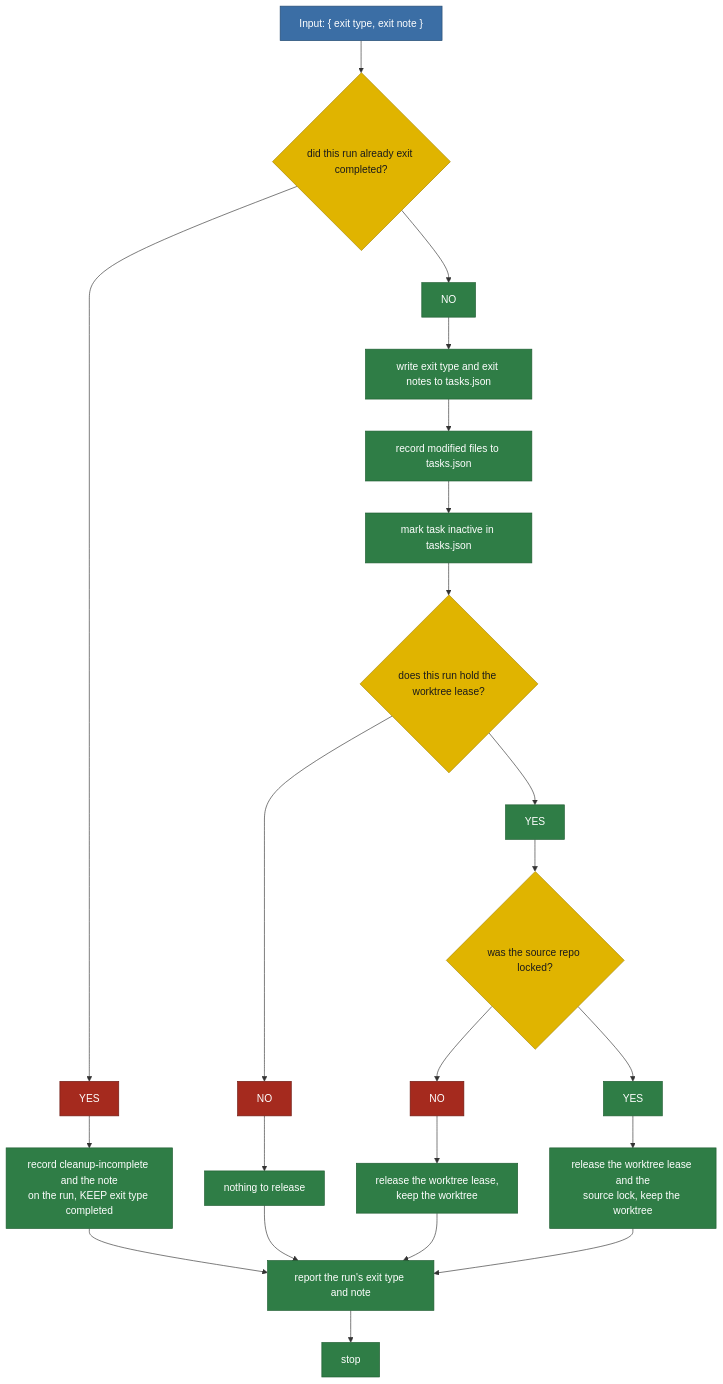
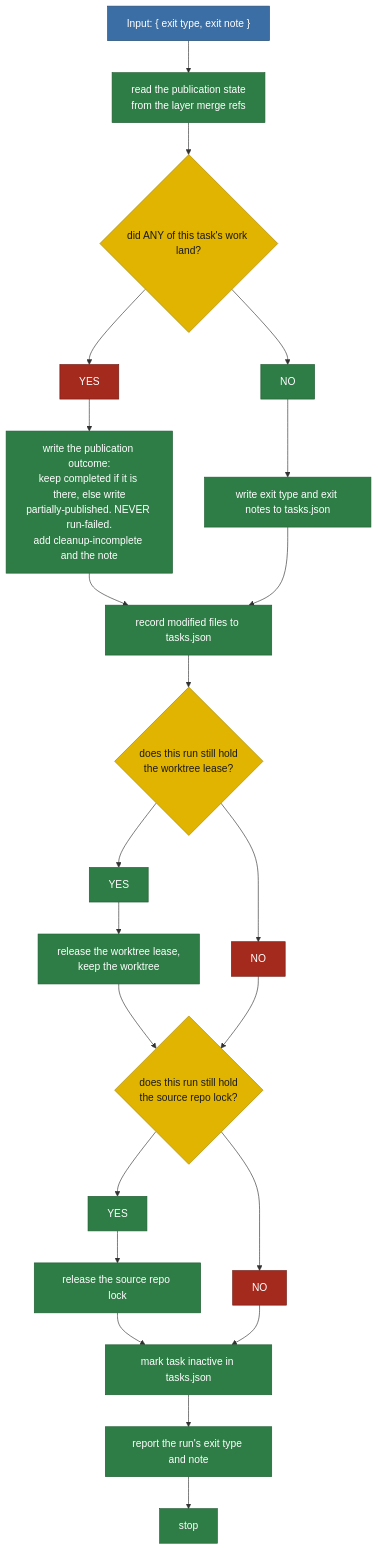
Before and after one commit to matkatmusic/taskTools: the diagram in plans/diagram/pipeline-failuresExit.mmd, drawn with Mermaid. The commit also changed 15 other files, not shown here.

Commit message:
cleaned up comments in pipeline diagrams

```diff
--- a/plans/diagram/pipeline-failuresExit.mmd
+++ b/plans/diagram/pipeline-failuresExit.mmd
@@ -1,88 +1,94 @@
 flowchart TB
-%% FAILURES EXIT. Split from pipeline-exitWorkflow.mmd.
-%% Input: an exit type and exit note from any pipeline, once the task is active.
-%% One job: record why the run ended, then let go of what the run holds.
-%% Ends at [stop].
-%% Rules that apply everywhere, not steps:
-%%   1. Every git interaction goes through a script. Never prose.
-%%   2. Every read and write of tasks.json is atomic.
-%%   3. Every box that touches the working tree operates on every repository
-%%      layer, deepest submodule first, root last. Boxes that only read or write
-%%      tasks.json do not.
-%%   4. Exactly one box releases what the run holds, and the box it picks names
-%%      only what is actually held. The test is "does this run hold the worktree
-%%      lease right now?", read from the lease file, NOT "was a worktree created
-%%      at some point": a resumed worktree was created by an earlier run, and a
-%%      lease can have been lost to another owner since. See releaseTaskRunHolds.ts,
-%%      which compares the physical lease owner against this run's id.
-%%   5. The worktree itself is NEVER removed here. Releasing a lease is not
-%%      deleting a worktree. The committed work stays on disk, so the next
-%%      invocation of this task finds it at the preamble's "does a worktree
-%%      exist?" and resumes. Only the merge succeeded exit removes a worktree.
-%%      See releaseTaskRunHolds.ts here, removeTaskWorktreeAndBranches there.
-%%   6. A merge is published work and can never be un-published. Once a run has
-%%      written exit type completed, that exit type is FINAL. A later failure on the
-%%      same run records cleanup-incomplete beside it and leaves completed alone.
-%%      Overwriting it with run-failed would erase the only durable proof the merge
-%%      landed: the preamble's "is the task closing?" reads exactly that field, so
-%%      the next invocation would re-run a task whose work is already on the target
-%%      branch, against a worktree that may no longer exist.
-%%   7. cleanup-incomplete is a repair flag, not an exit type. The task stays in
-%%      tasks.json, still marked closing, and the recorded merge commit hashes are
-%%      enough to finish the archive by hand or on the next sweep. A post-merge
-%%      failure NEVER sends the run back into implementation.
-%%   8. How far this tail can run depends on where the failure happened:
-%%        active, no lease held - this tail runs; modified files records []
-%%        active, lease held    - this tail runs in full
-%%        after the merge succeeded exit wrote completed
-%%                              - rule 6: record cleanup-incomplete, keep completed
-%%      A failure BEFORE the task is active never reaches here. It takes the
-%%      report-only exit. See pipeline-reportOnlyExit.mmd.
-%% Exit types that reach this tail:
-%%   plan-scrapped      - codex did not accept the plan in two reviews
-%%   clarify-stuck      - the planner asked twice for something the docs cannot
-%%                        supply
-%%   fence-violation    - a change edited files the task does not own
-%%   tests-red          - task tests still failing after 2 fix attempts
-%%   tests-flagged      - codex flagged the tests twice
-%%   rebase-stuck       - the rebase did not advance after 2 conflict fixes
-%%   suite-red          - full suite still failing after 2 fix attempts
-%%   merge-failed       - the merge did not land twice
-%%   agent-failed       - an agent returned nothing usable
-%%   run-failed         - a script failed operationally
+%% FAILURES EXIT.
+%% ---
+%% Input: an exit type and exit note, task already active.
+%% ---
+%% The lease and the source lock are two independent holdings.
+%% ---
+%% Neither's release gates the other's; each checks its own owner.
+%% ---
+%% See releaseTaskRunHolds.ts.
+%% ---
+%% Every release and write here runs before "mark task inactive".
+%% ---
+%% Marking inactive is what reopens the task to another run.
+%% ---
+%% Every mutating box here is reconciled, not retried.
+%% ---
+%% Only an ambiguous read is run-failed, reported to the operator.
+%% ---
+%% See reconcileStep.ts.
+%% ---
+%% The worktree is NEVER removed here; only the merge succeeded exit removes one.
+%% ---
+%% This tail asks GIT what landed, not whether exit type is completed.
+%% ---
+%% completed is written long after the merge, so a gap failure must not reopen it.
+%% ---
+%% Did ANY work land? YES: keep completed if present, else write partially-published.
+%% ---
+%% Either way the incoming exit type is discarded, run-failed included.
+%% ---
+%% cleanup-incomplete and partially-published both mean RECOVERY ONLY.
+%% ---
+%% Exit types reaching this tail:
+%% ---
+%% plan-scrapped
+%% ---
+%% clarify-stuck
+%% ---
+%% fence-violation
+%% ---
+%% partially-published
+%% ---
+%% tests-red
+%% ---
+%% tests-flagged
+%% ---
+%% rebase-stuck
+%% ---
+%% suite-red
+%% ---
+%% merge-failed
+%% ---
+%% agent-failed
+%% ---
+%% run-failed
 
-  EXIT_TYPE_NOTE_INPUT["Input: { exit type, exit note }"] --> DID_THIS_RUN_ALREADY_MERGE
-  DID_THIS_RUN_ALREADY_MERGE{"did this run already exit completed?"} --> DID_THIS_RUN_ALREADY_MERGE_YES["YES"]
-  DID_THIS_RUN_ALREADY_MERGE --> DID_THIS_RUN_ALREADY_MERGE_NO["NO"]
+  EXIT_TYPE_NOTE_INPUT["Input: { exit type, exit note }"] --> READ_PUBLICATION_STATE["read the publication state<br/>from the layer merge refs"]
+  READ_PUBLICATION_STATE --> DID_ANY_WORK_LAND{"did ANY of this task's work land?"}
+  DID_ANY_WORK_LAND --> DID_ANY_WORK_LAND_YES["YES"]
+  DID_ANY_WORK_LAND --> DID_ANY_WORK_LAND_NO["NO"]
 
-  DID_THIS_RUN_ALREADY_MERGE_YES --> RECORD_CLEANUP_INCOMPLETE["record cleanup-incomplete and the note<br/>on the run, KEEP exit type completed"]
-  RECORD_CLEANUP_INCOMPLETE --> REPORT_EXIT_TYPE_AND_NOTE
+  DID_ANY_WORK_LAND_YES --> WRITE_PUBLICATION_OUTCOME["write the publication outcome:<br/>keep completed if it is there, else write<br/>partially-published. NEVER run-failed.<br/>add cleanup-incomplete and the note"]
+  WRITE_PUBLICATION_OUTCOME --> RECORD_MODIFIED_FILES_FAILURE
 
-  DID_THIS_RUN_ALREADY_MERGE_NO --> WRITE_EXIT_TYPE_AND_NOTE["write exit type and exit notes to tasks.json"]
-  WRITE_EXIT_TYPE_AND_NOTE --> RECORD_MODIFIED_FILES_FAILURE["record modified files to tasks.json"]
-  RECORD_MODIFIED_FILES_FAILURE --> MARK_TASK_INACTIVE_FAILURE["mark task inactive in tasks.json"]
-  MARK_TASK_INACTIVE_FAILURE --> DOES_RUN_HOLD_LEASE{"does this run hold the worktree lease?"}
+  DID_ANY_WORK_LAND_NO --> WRITE_EXIT_TYPE_AND_NOTE["write exit type and exit notes to tasks.json"]
+  WRITE_EXIT_TYPE_AND_NOTE --> RECORD_MODIFIED_FILES_FAILURE
+
+  RECORD_MODIFIED_FILES_FAILURE["record modified files to tasks.json"] --> DOES_RUN_HOLD_LEASE{"does this run still hold<br/>the worktree lease?"}
   DOES_RUN_HOLD_LEASE --> DOES_RUN_HOLD_LEASE_YES["YES"]
   DOES_RUN_HOLD_LEASE --> DOES_RUN_HOLD_LEASE_NO["NO"]
-  DOES_RUN_HOLD_LEASE_NO --> NOTHING_TO_RELEASE["nothing to release"]
-  NOTHING_TO_RELEASE --> REPORT_EXIT_TYPE_AND_NOTE["report the run's exit type and note"]
+  DOES_RUN_HOLD_LEASE_YES --> RELEASE_WORKTREE_LEASE["release the worktree lease,<br/>keep the worktree"]
+  RELEASE_WORKTREE_LEASE --> DOES_RUN_HOLD_SOURCE_LOCK
+  DOES_RUN_HOLD_LEASE_NO --> DOES_RUN_HOLD_SOURCE_LOCK
 
-  DOES_RUN_HOLD_LEASE_YES --> WAS_SOURCE_REPO_LOCKED{"was the source repo locked?"}
-  WAS_SOURCE_REPO_LOCKED --> WAS_SOURCE_REPO_LOCKED_YES["YES"]
-  WAS_SOURCE_REPO_LOCKED --> WAS_SOURCE_REPO_LOCKED_NO["NO"]
-  WAS_SOURCE_REPO_LOCKED_NO --> RELEASE_WORKTREE_LEASE["release the worktree lease,<br/>keep the worktree"]
-  RELEASE_WORKTREE_LEASE --> REPORT_EXIT_TYPE_AND_NOTE
-  WAS_SOURCE_REPO_LOCKED_YES --> RELEASE_WORKTREE_LEASE_AND_LOCK["release the worktree lease and the<br/>source lock, keep the worktree"]
-  RELEASE_WORKTREE_LEASE_AND_LOCK --> REPORT_EXIT_TYPE_AND_NOTE
+  DOES_RUN_HOLD_SOURCE_LOCK{"does this run still hold<br/>the source repo lock?"} --> DOES_RUN_HOLD_SOURCE_LOCK_YES["YES"]
+  DOES_RUN_HOLD_SOURCE_LOCK --> DOES_RUN_HOLD_SOURCE_LOCK_NO["NO"]
+  DOES_RUN_HOLD_SOURCE_LOCK_YES --> RELEASE_SOURCE_LOCK["release the source repo lock"]
+  RELEASE_SOURCE_LOCK --> MARK_TASK_INACTIVE_FAILURE
+  DOES_RUN_HOLD_SOURCE_LOCK_NO --> MARK_TASK_INACTIVE_FAILURE
+
+  MARK_TASK_INACTIVE_FAILURE["mark task inactive in tasks.json"] --> REPORT_EXIT_TYPE_AND_NOTE["report the run's exit type and note"]
   REPORT_EXIT_TYPE_AND_NOTE --> STOP["stop"]
 
   classDef script fill:#2f7d46,stroke:#1e5c31,color:#ffffff
   classDef decision fill:#e0b400,stroke:#a88600,color:#1a1a1a
   classDef output fill:#3b6ea5,stroke:#254a70,color:#ffffff
   classDef pass fill:#2f7d46,stroke:#1e5c31,color:#ffffff
   classDef nopass fill:#a52a1e,stroke:#6d1a12,color:#ffffff
-  class DOES_RUN_HOLD_LEASE,WAS_SOURCE_REPO_LOCKED,DID_THIS_RUN_ALREADY_MERGE decision
-  class DOES_RUN_HOLD_LEASE_YES,WAS_SOURCE_REPO_LOCKED_YES,DID_THIS_RUN_ALREADY_MERGE_NO pass
-  class DOES_RUN_HOLD_LEASE_NO,WAS_SOURCE_REPO_LOCKED_NO,DID_THIS_RUN_ALREADY_MERGE_YES nopass
-  class WRITE_EXIT_TYPE_AND_NOTE,RECORD_MODIFIED_FILES_FAILURE,MARK_TASK_INACTIVE_FAILURE,NOTHING_TO_RELEASE,RELEASE_WORKTREE_LEASE,RELEASE_WORKTREE_LEASE_AND_LOCK,REPORT_EXIT_TYPE_AND_NOTE,RECORD_CLEANUP_INCOMPLETE,STOP script
+  class DOES_RUN_HOLD_LEASE,DOES_RUN_HOLD_SOURCE_LOCK,DID_ANY_WORK_LAND decision
+  class DOES_RUN_HOLD_LEASE_YES,DOES_RUN_HOLD_SOURCE_LOCK_YES,DID_ANY_WORK_LAND_NO pass
+  class DOES_RUN_HOLD_LEASE_NO,DOES_RUN_HOLD_SOURCE_LOCK_NO,DID_ANY_WORK_LAND_YES nopass
+  class READ_PUBLICATION_STATE,WRITE_EXIT_TYPE_AND_NOTE,RECORD_MODIFIED_FILES_FAILURE,MARK_TASK_INACTIVE_FAILURE,RELEASE_WORKTREE_LEASE,RELEASE_SOURCE_LOCK,REPORT_EXIT_TYPE_AND_NOTE,WRITE_PUBLICATION_OUTCOME,STOP script
   class EXIT_TYPE_NOTE_INPUT output
```
